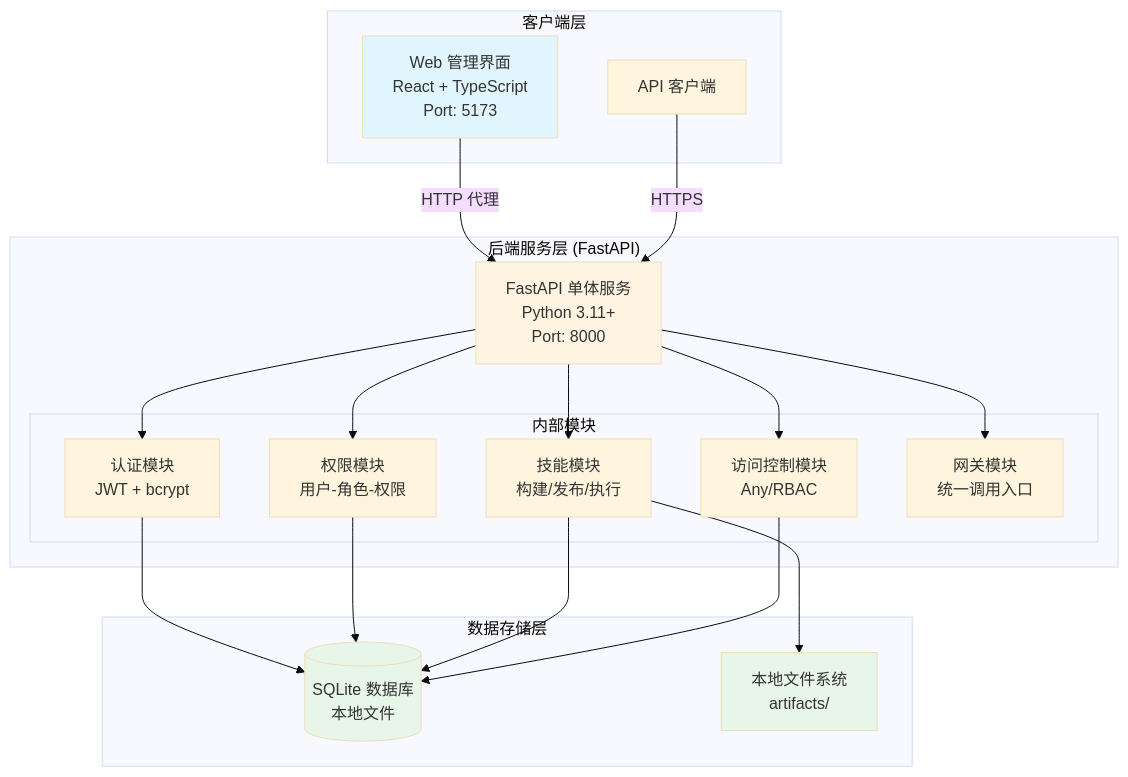
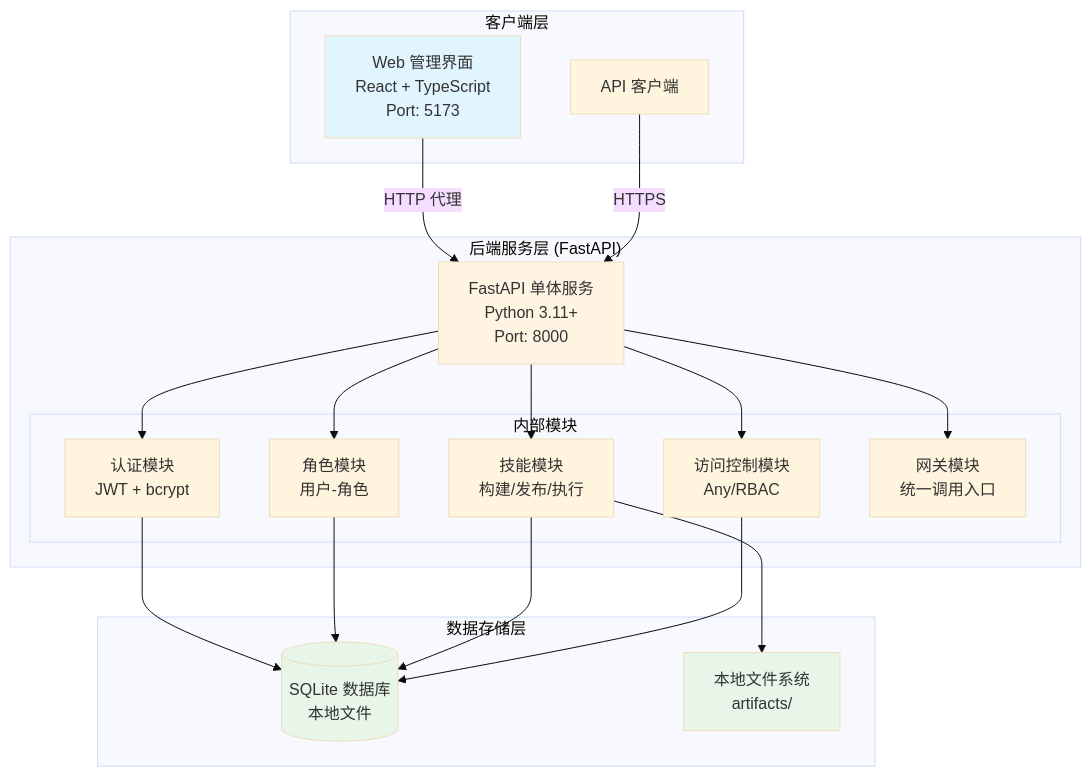
One commit to yixuanzi/skillhub changed the first of 3 diagrams in docs/architecture.md. Above: the diagram before and after it, drawn with Mermaid (base theme). The commit also changed other lines of this file and 47 other files, not shown here.

````diff
--- a/docs/architecture.md
+++ b/docs/architecture.md
@@ -19,44 +19,44 @@
 ```mermaid
 graph TB
     subgraph "客户端层"
         WebUI[Web 管理界面<br/>React + TypeScript<br/>Port: 5173]
         APIClient[API 客户端]
     end
 
     subgraph "后端服务层 (FastAPI)"
         Backend[FastAPI 单体服务<br/>Python 3.11+<br/>Port: 8000]
 
         subgraph "内部模块"
             Auth[认证模块<br/>JWT + bcrypt]
-            RBAC[权限模块<br/>用户-角色-权限]
+            RBAC[角色模块<br/>用户-角色]
             Skill[技能模块<br/>构建/发布/执行]
             ACL[访问控制模块<br/>Any/RBAC]
             Gateway[网关模块<br/>统一调用入口]
         end
     end
 
     subgraph "数据存储层"
         SQLite[(SQLite 数据库<br/>本地文件)]
         Files[本地文件系统<br/>artifacts/]
     end
 
     WebUI -->|HTTP 代理| Backend
     APIClient -->|HTTPS| Backend
 
     Backend --> Auth
     Backend --> RBAC
     Backend --> Skill
     Backend --> ACL
     Backend --> Gateway
 
     Auth --> SQLite
     RBAC --> SQLite
     Skill --> SQLite
     ACL --> SQLite
     Skill --> Files
 
     style WebUI fill:#e1f5ff
     style Backend fill:#fff4e1
     style SQLite fill:#e8f5e9
     style Files fill:#e8f5e9
 ```
````
